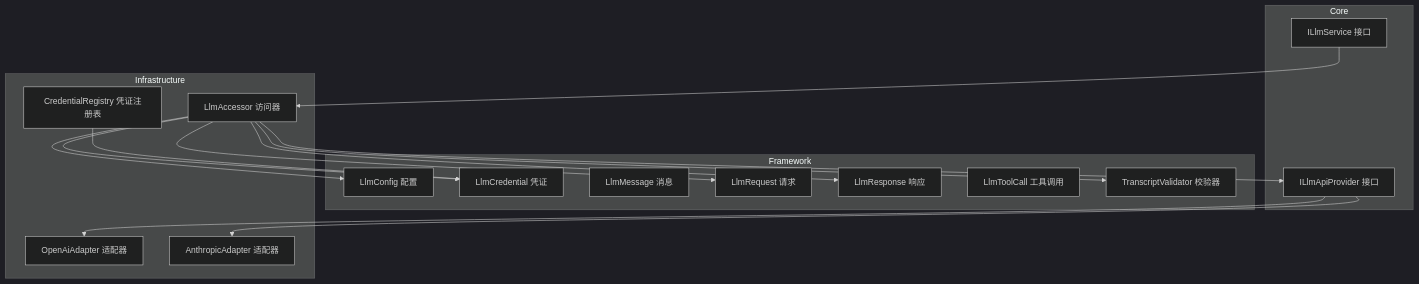
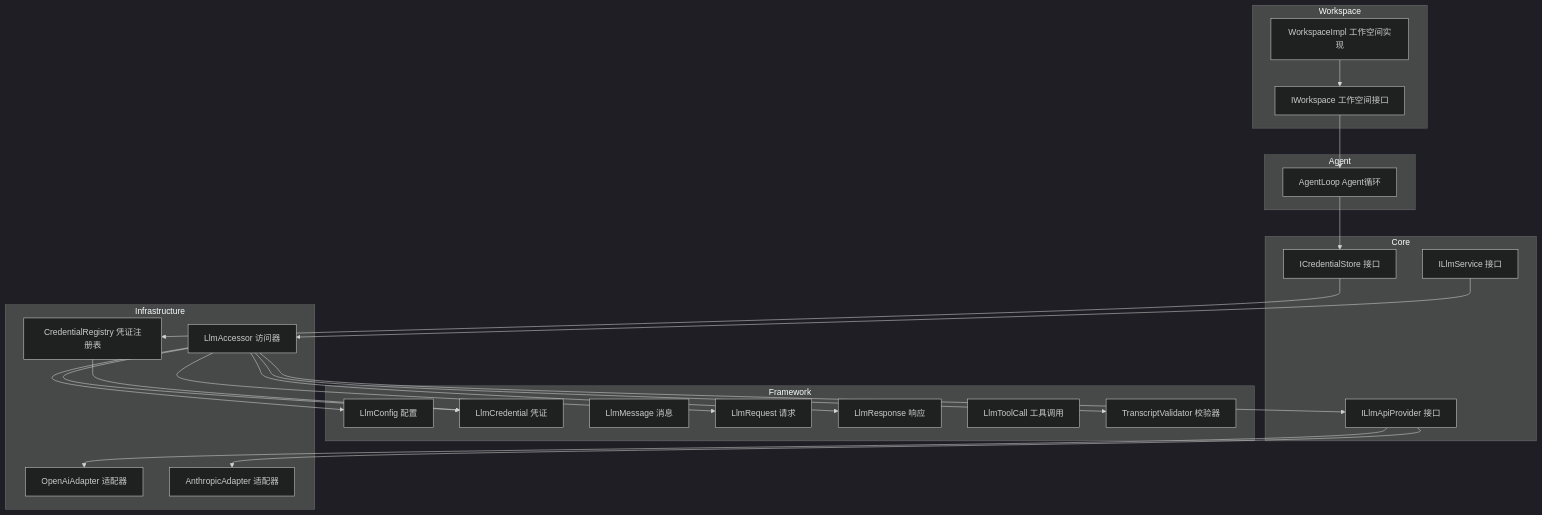
The first of 12 diagrams in .qoder/repowiki/zh/content/LLM集成系统/LLM集成系统.md (suzvka/NPCLife), drawn with Mermaid (dark theme) before and after one commit. The commit also changed other lines of this file and 11 other files, not shown here.

````diff
--- a/.qoder/repowiki/zh/content/LLM集成系统/LLM集成系统.md
+++ b/.qoder/repowiki/zh/content/LLM集成系统/LLM集成系统.md
@@ -41,32 +54,44 @@
 ```mermaid
 graph TB
 subgraph "Core"
 ILlmService["ILlmService 接口"]
 ILlmApiProvider["ILlmApiProvider 接口"]
+ICredentialStore["ICredentialStore 接口"]
 end
 subgraph "Framework"
 LlmConfig["LlmConfig 配置"]
 LlmCredential["LlmCredential 凭证"]
 LlmMessage["LlmMessage 消息"]
 LlmRequest["LlmRequest 请求"]
 LlmResponse["LlmResponse 响应"]
 LlmToolCall["LlmToolCall 工具调用"]
 TranscriptValidator["TranscriptValidator 校验器"]
 end
 subgraph "Infrastructure"
 LlmAccessor["LlmAccessor 访问器"]
 OpenAiAdapter["OpenAiAdapter 适配器"]
 AnthropicAdapter["AnthropicAdapter 适配器"]
 CredentialRegistry["CredentialRegistry 凭证注册表"]
 end
+subgraph "Agent"
+AgentLoop["AgentLoop Agent循环"]
+end
+subgraph "Workspace"
+IWorkspace["IWorkspace 工作空间接口"]
+WorkspaceImpl["WorkspaceImpl 工作空间实现"]
+end
 ILlmService --> LlmAccessor
 LlmAccessor --> ILlmApiProvider
 ILlmApiProvider --> OpenAiAdapter
 ILlmApiProvider --> AnthropicAdapter
 LlmAccessor --> LlmConfig
 LlmAccessor --> LlmCredential
 LlmAccessor --> LlmRequest
 LlmAccessor --> LlmResponse
 LlmAccessor --> TranscriptValidator
 CredentialRegistry --> LlmCredential
+ICredentialStore --> CredentialRegistry
+AgentLoop --> ICredentialStore
+IWorkspace --> AgentLoop
+WorkspaceImpl --> IWorkspace
 ```
````
